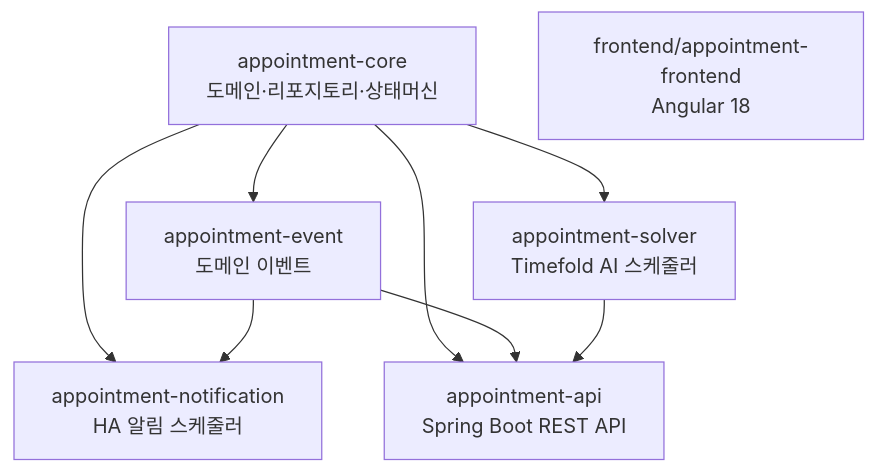
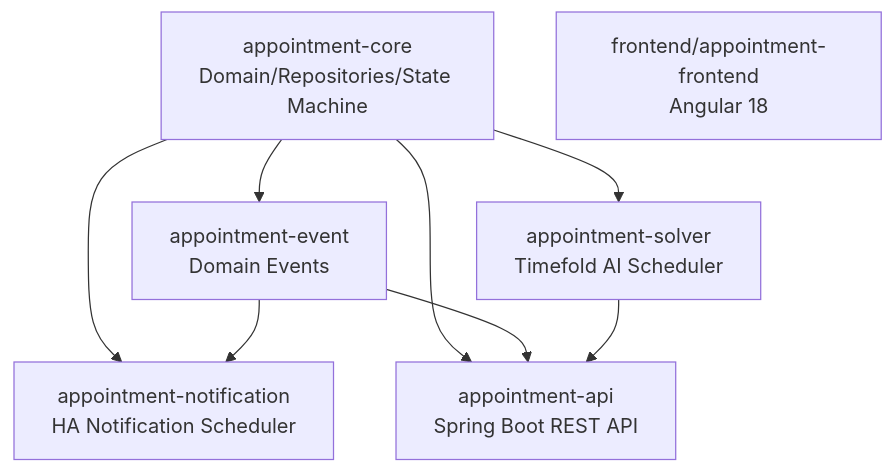
Before and after one commit to bluetape4k/clinic-appointment: the diagram in README.md, drawn with Mermaid. The commit also changed other lines of this file and 13 other files, not shown here.

````diff
--- a/README.md
+++ b/README.md
@@ -23,17 +25,17 @@
 ```mermaid
 graph TD
-    core[appointment-core\n도메인·리포지토리·상태머신]
-    event[appointment-event\n도메인 이벤트]
-    solver[appointment-solver\nTimefold AI 스케줄러]
-    notification[appointment-notification\nHA 알림 스케줄러]
+    core[appointment-core\nDomain/Repositories/State Machine]
+    event[appointment-event\nDomain Events]
+    solver[appointment-solver\nTimefold AI Scheduler]
+    notification[appointment-notification\nHA Notification Scheduler]
     api[appointment-api\nSpring Boot REST API]
     frontend[frontend/appointment-frontend\nAngular 18]
 
     core --> event
     core --> solver
     core --> notification
     event --> notification
     core --> api
     event --> api
     solver --> api
 ```
````
